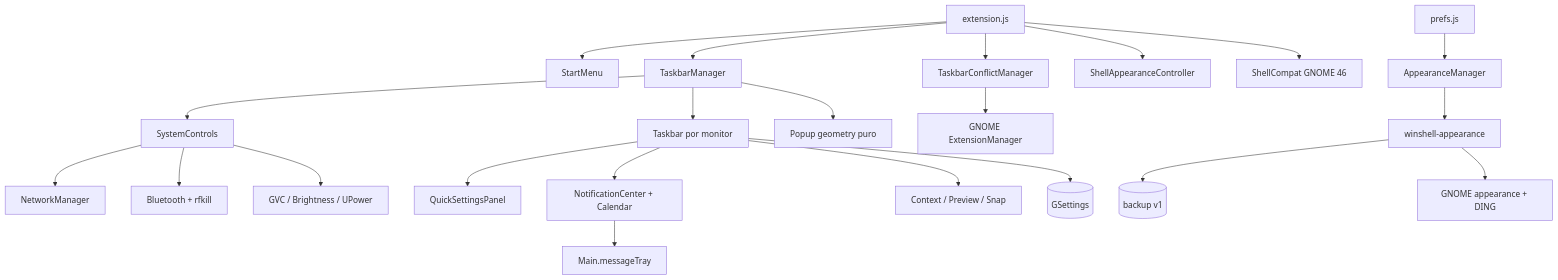
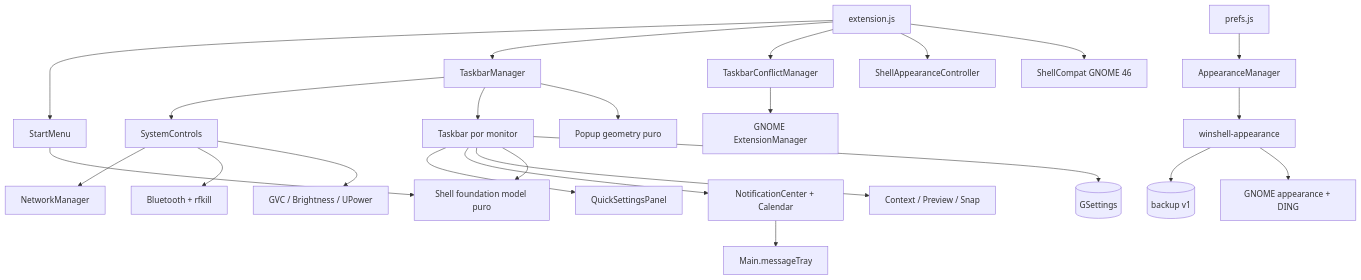
The diagram in docs/architecture.md (iklav-tech/winshell), drawn with Mermaid before and after one commit. The commit also changed other lines of this file and 18 other files, not shown here.

Commit message:
feat: implement SPEC 0.1.0 shell foundation

````diff
--- a/docs/architecture.md
+++ b/docs/architecture.md
@@ -7,24 +7,26 @@
 ```mermaid
 flowchart TD
   E[extension.js] --> S[StartMenu]
   E --> M[TaskbarManager]
   E --> H[TaskbarConflictManager]
   E --> A[ShellAppearanceController]
   E --> SC[ShellCompat GNOME 46]
   H --> EM[GNOME ExtensionManager]
   M --> C[SystemControls]
   M --> T[Taskbar por monitor]
   T --> Q[QuickSettingsPanel]
   T --> N[NotificationCenter + Calendar]
   T --> X[Context / Preview / Snap]
   C --> NM[NetworkManager]
   C --> BT[Bluetooth + rfkill]
   C --> AV[GVC / Brightness / UPower]
   N --> MT[Main.messageTray]
   M --> PG[Popup geometry puro]
+  S --> SF[Shell foundation model puro]
+  T --> SF
   T --> GS[(GSettings)]
   P[prefs.js] --> AM[AppearanceManager]
   AM --> AH[winshell-appearance]
   AH --> BK[(backup v1)]
   AH --> DG[GNOME appearance + DING]
 ```
````
